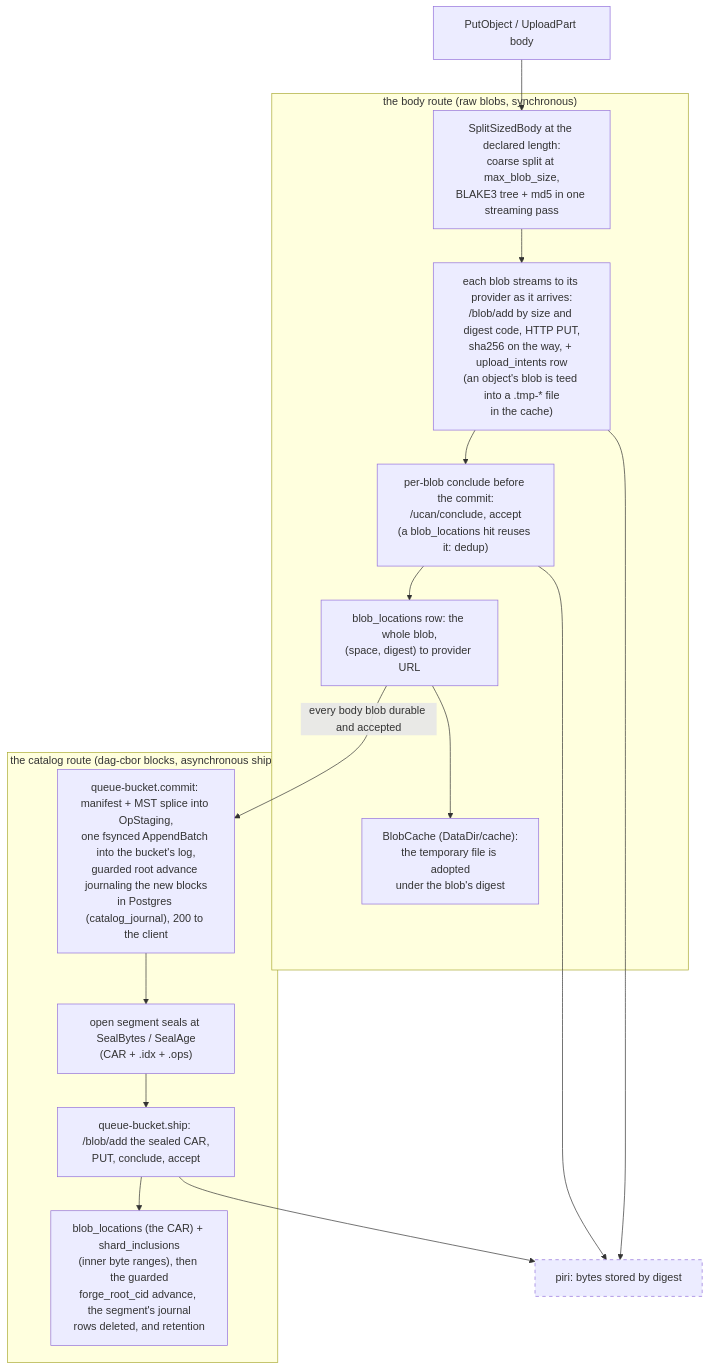
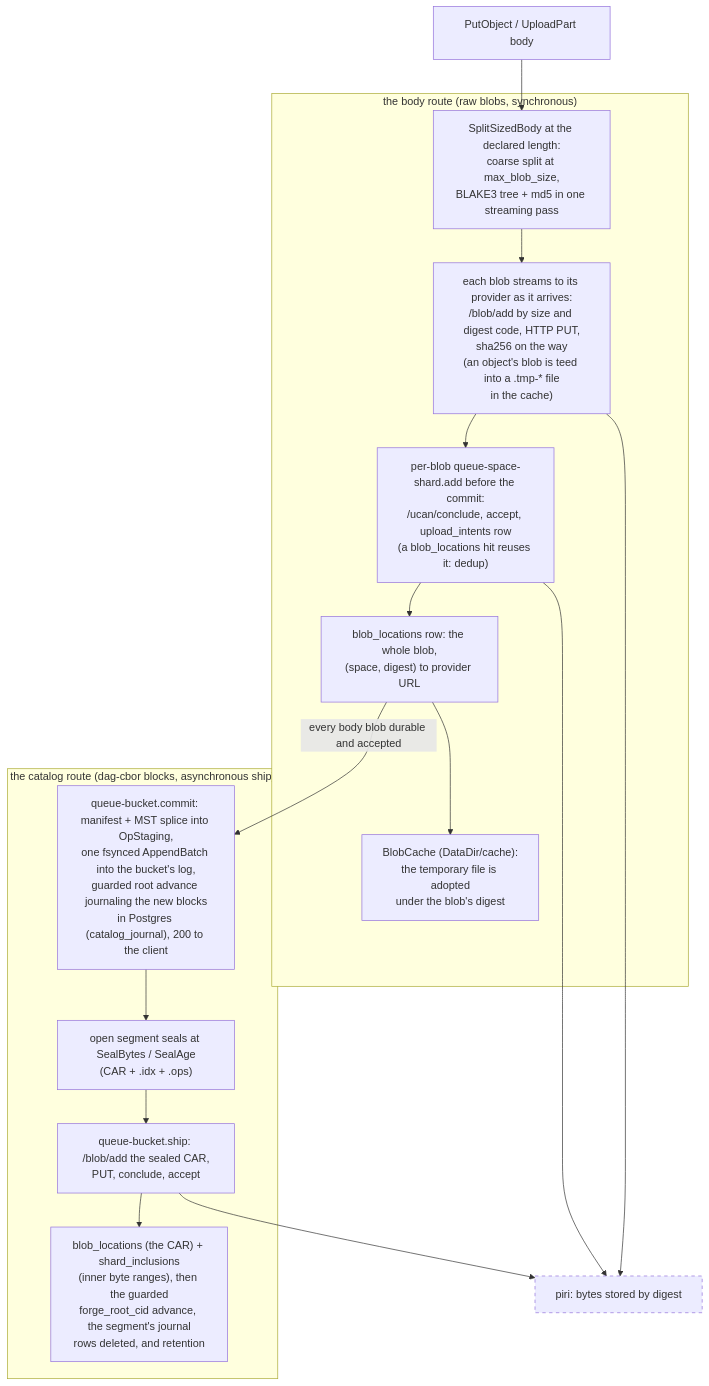
The third of 15 diagrams in docs/diagrams.md (fil-forge/ingot), drawn with Mermaid before and after one commit. The commit also changed other lines of this file and 14 other files, not shown here.

````diff
--- a/docs/diagrams.md
+++ b/docs/diagrams.md
@@ -183,32 +192,32 @@
 ```mermaid
 flowchart TB
     put["PutObject / UploadPart body"]
 
     subgraph bodyr["the body route (raw blobs, synchronous)"]
         split["SplitSizedBody at the declared length:<br/>coarse split at max_blob_size,<br/>BLAKE3 tree + md5 in one streaming pass"]
-        stream["each blob streams to its provider as it arrives:<br/>/blob/add by size and digest code, HTTP PUT,<br/>sha256 on the way, + upload_intents row<br/>(an object's blob is teed into a .tmp-* file<br/>in the cache)"]
-        upload["per-blob conclude before the commit:<br/>/ucan/conclude, accept<br/>(a blob_locations hit reuses it: dedup)"]
+        stream["each blob streams to its provider as it arrives:<br/>/blob/add by size and digest code, HTTP PUT,<br/>sha256 on the way<br/>(an object's blob is teed into a .tmp-* file<br/>in the cache)"]
+        upload["per-blob queue-space-shard.add before the commit:<br/>/ucan/conclude, accept, upload_intents row<br/>(a blob_locations hit reuses it: dedup)"]
         bloc["blob_locations row: the whole blob,<br/>(space, digest) to provider URL"]
         cache["BlobCache (DataDir/cache):<br/>the temporary file is adopted<br/>under the blob's digest"]
         split --> stream --> upload --> bloc --> cache
     end
 
     subgraph catr["the catalog route (dag-cbor blocks, asynchronous ship)"]
         commit["queue-bucket.commit: manifest + MST splice into OpStaging,<br/>one fsynced AppendBatch into the bucket's log,<br/>guarded root advance journaling the new blocks<br/>in Postgres (catalog_journal), 200 to the client"]
         seal["open segment seals at SealBytes / SealAge<br/>(CAR + .idx + .ops)"]
         ship["queue-bucket.ship: /blob/add the sealed CAR,<br/>PUT, conclude, accept"]
         incl["blob_locations (the CAR) + shard_inclusions<br/>(inner byte ranges), then the guarded<br/>forge_root_cid advance, the segment's journal<br/>rows deleted, and retention"]
         commit --> seal --> ship --> incl
     end
 
     piri["piri: bytes stored by digest"]
 
     put --> split
     bloc -->|"every body blob durable and accepted"| commit
     stream --> piri
     upload --> piri
     ship --> piri
 
     classDef external stroke-dasharray: 5 5
     class piri external
 ```
````
